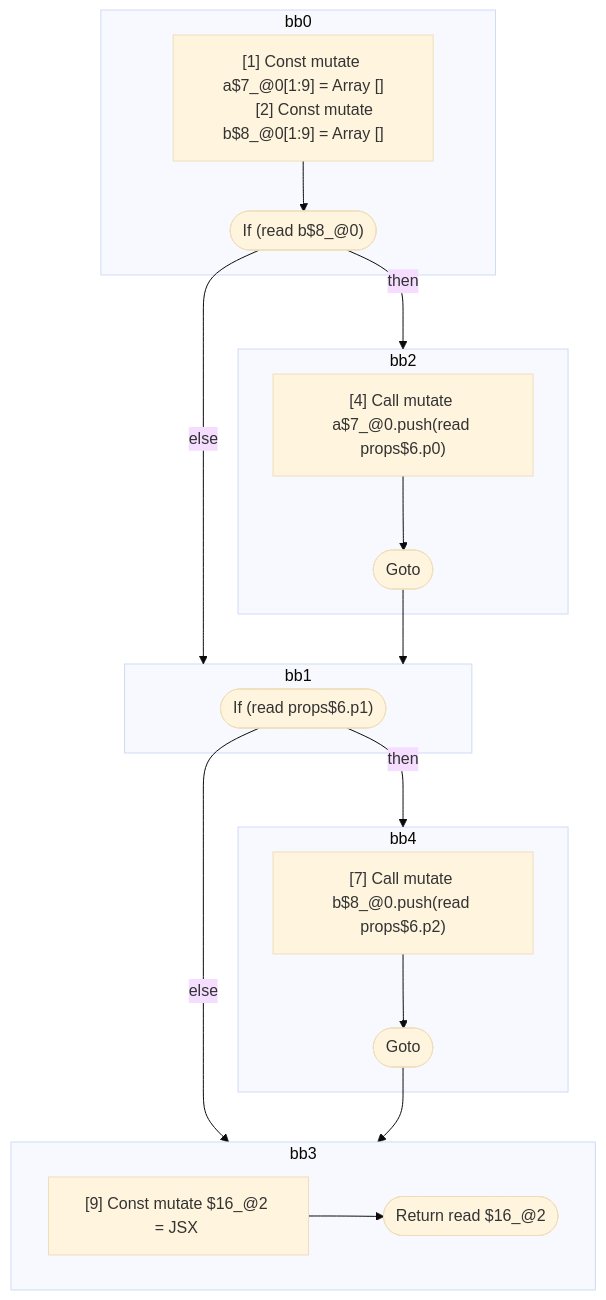
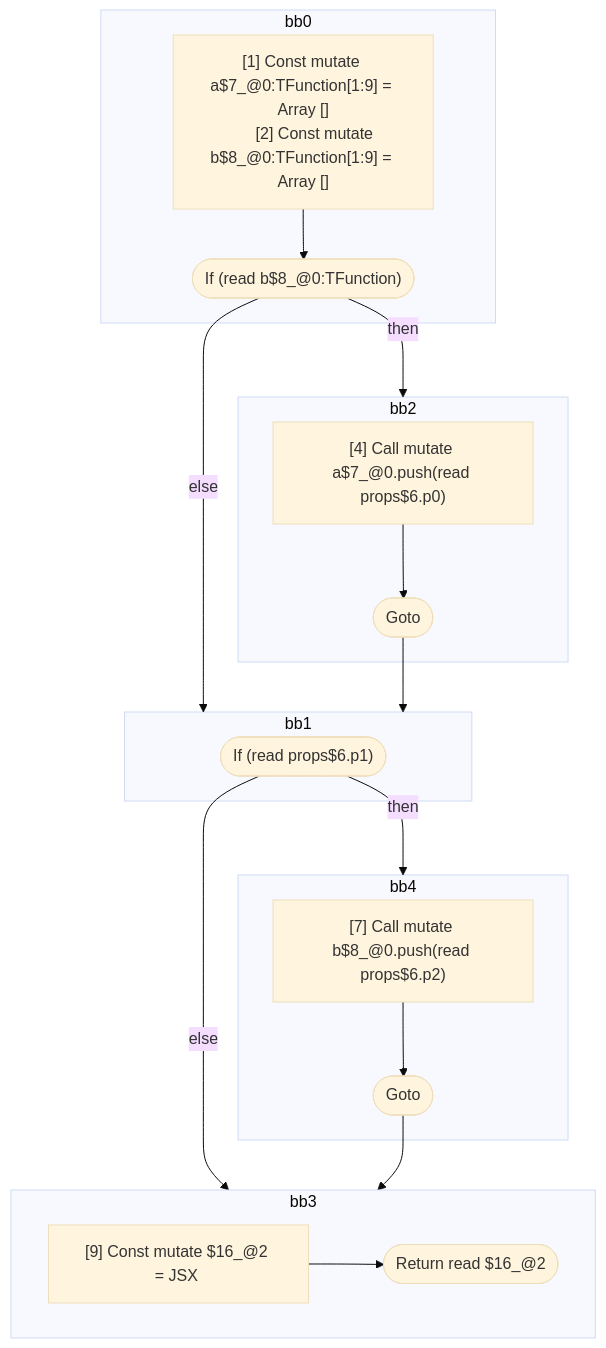
One commit to wutsmog/private changed the first of 4 diagrams in compiler/forget/src/__tests__/fixtures/hir/conditional-on-mutable.expect.md. Above: the diagram before and after it, drawn with Mermaid (base theme). The commit also changed other lines of this file and 112 other files, not shown here.

````diff
--- a/compiler/forget/src/__tests__/fixtures/hir/conditional-on-mutable.expect.md
+++ b/compiler/forget/src/__tests__/fixtures/hir/conditional-on-mutable.expect.md
@@ -87,41 +87,41 @@
 ```mermaid
 flowchart TB
   %% Basic Blocks
   subgraph bb0
     bb0_instrs["
-      [1] Const mutate a$7_@0[1:9] = Array []
-      [2] Const mutate b$8_@0[1:9] = Array []
+      [1] Const mutate a$7_@0:TFunction[1:9] = Array []
+      [2] Const mutate b$8_@0:TFunction[1:9] = Array []
     "]
-    bb0_instrs --> bb0_terminal(["If (read b$8_@0)"])
+    bb0_instrs --> bb0_terminal(["If (read b$8_@0:TFunction)"])
   end
   subgraph bb2
     bb2_instrs["
       [4] Call mutate a$7_@0.push(read props$6.p0)
     "]
     bb2_instrs --> bb2_terminal(["Goto"])
   end
   subgraph bb1
     bb1_terminal(["If (read props$6.p1)"])
   end
   subgraph bb4
     bb4_instrs["
       [7] Call mutate b$8_@0.push(read props$6.p2)
     "]
     bb4_instrs --> bb4_terminal(["Goto"])
   end
   subgraph bb3
     bb3_instrs["
-      [9] Const mutate $16_@2 = JSX <read Foo$4 a={freeze a$7_@0} b={freeze b$8_@0} ></read Foo$4>
+      [9] Const mutate $16_@2 = JSX <read Foo$4 a={freeze a$7_@0:TFunction} b={freeze b$8_@0:TFunction} ></read Foo$4>
     "]
     bb3_instrs --> bb3_terminal(["Return read $16_@2"])
   end
 
   %% Jumps
   bb0_terminal -- "then" --> bb2
   bb0_terminal -- "else" --> bb1
   bb2_terminal --> bb1
   bb1_terminal -- "then" --> bb4
   bb1_terminal -- "else" --> bb3
   bb4_terminal --> bb3
 
 ```
````
